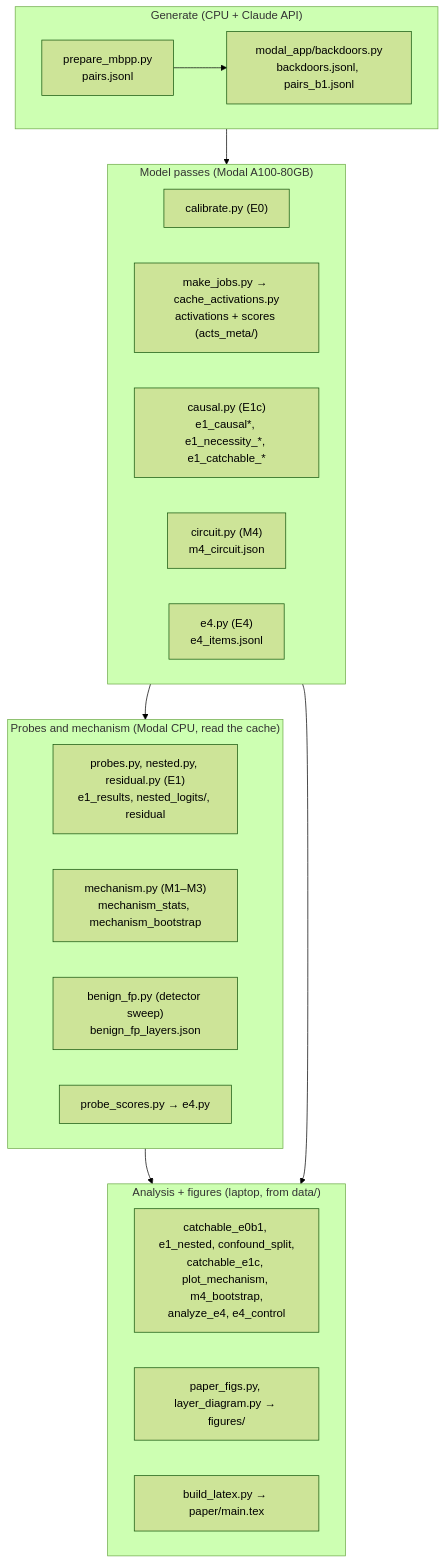
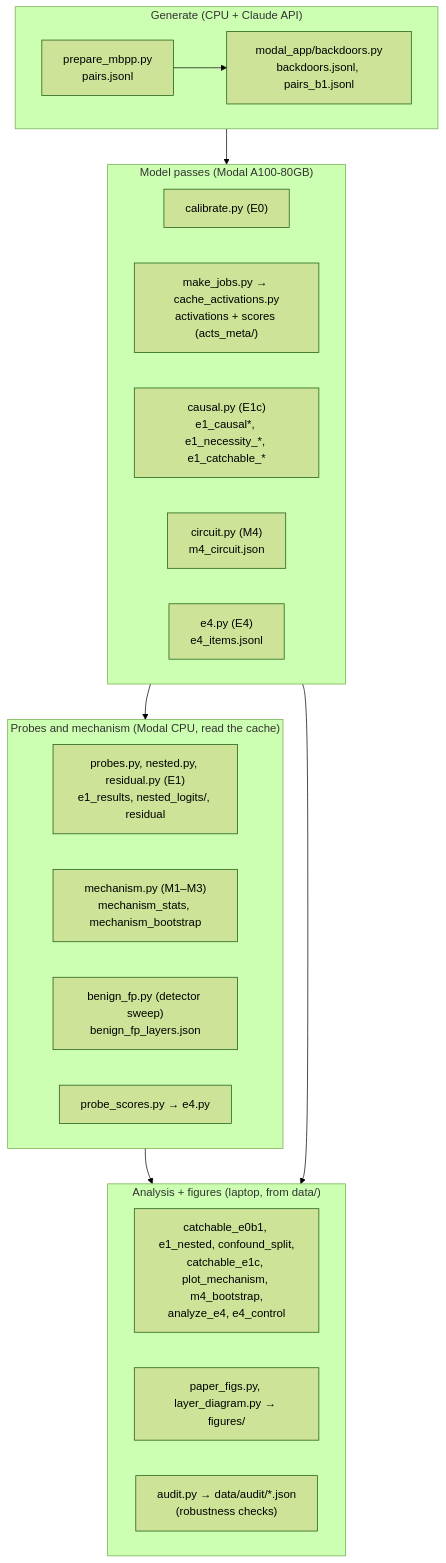
Before and after one commit to PeterLurf/apart-collusion-sprint-2026: the second of 2 diagrams in METHODS.md, drawn with Mermaid (forest theme). The commit also changed other lines of this file and 73 other files, not shown here.

````diff
--- a/METHODS.md
+++ b/METHODS.md
@@ -78,26 +78,26 @@
 ```mermaid
 flowchart TB
     subgraph gen["Generate (CPU + Claude API)"]
         A1["prepare_mbpp.py<br/>pairs.jsonl"] --> A2["modal_app/backdoors.py<br/>backdoors.jsonl, pairs_b1.jsonl"]
     end
     subgraph gpu["Model passes (Modal A100-80GB)"]
         B1["calibrate.py (E0)"]
         B2["make_jobs.py → cache_activations.py<br/>activations + scores (acts_meta/)"]
         B3["causal.py (E1c)<br/>e1_causal*, e1_necessity_*, e1_catchable_*"]
         B4["circuit.py (M4)<br/>m4_circuit.json"]
         B5["e4.py (E4)<br/>e4_items.jsonl"]
     end
     subgraph cpu["Probes and mechanism (Modal CPU, read the cache)"]
         C1["probes.py, nested.py, residual.py (E1)<br/>e1_results, nested_logits/, residual"]
         C2["mechanism.py (M1–M3)<br/>mechanism_stats, mechanism_bootstrap"]
         C3["benign_fp.py (detector sweep)<br/>benign_fp_layers.json"]
         C4["probe_scores.py → e4.py"]
     end
     subgraph ana["Analysis + figures (laptop, from data/)"]
         D1["catchable_e0b1, e1_nested, confound_split,<br/>catchable_e1c, plot_mechanism, m4_bootstrap,<br/>analyze_e4, e4_control"]
         D2["paper_figs.py, layer_diagram.py → figures/"]
-        D3["build_latex.py → paper/main.tex"]
+        D3["audit.py → data/audit/*.json<br/>(robustness checks)"]
     end
     gen --> gpu --> cpu --> ana
     gpu --> ana
 ```
````
